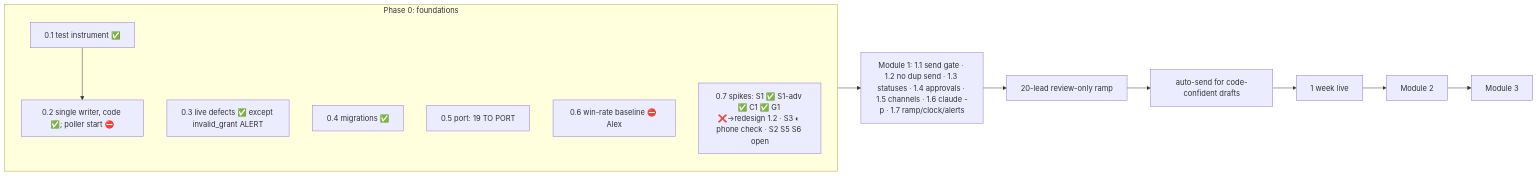
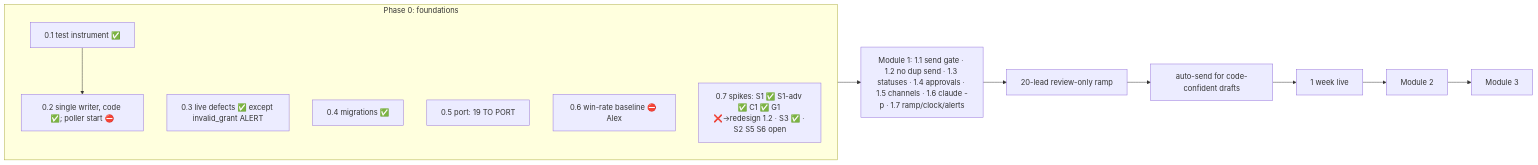
The diagram in docs/END-TO-END-STATUS.md (SDGuitarist/gig-lead-responder), drawn with Mermaid before and after one commit. The commit also changed other lines of this file and 2 other files, not shown here.

First line of the commit message:
research: baseline adds GigSalad business account (52 threads, 1 booked); S3 PASSED (Alex confirmed on iPhone)

````diff
--- a/docs/END-TO-END-STATUS.md
+++ b/docs/END-TO-END-STATUS.md
@@ -23,13 +23,13 @@
 ```mermaid
 flowchart LR
   subgraph P0[Phase 0: foundations]
     A01[0.1 test instrument ✅] --> A02[0.2 single writer, code ✅; poller start ⛔]
     A03[0.3 live defects ✅ except invalid_grant ALERT]
     A04[0.4 migrations ✅]
     A05[0.5 port: 19 TO PORT]
     A06[0.6 win-rate baseline ⛔ Alex]
-    A07[0.7 spikes: S1 ✅ S1-adv ✅ C1 ✅ G1 ❌→redesign 1.2 · S3 ◐ phone check · S2 S5 S6 open]
+    A07[0.7 spikes: S1 ✅ S1-adv ✅ C1 ✅ G1 ❌→redesign 1.2 · S3 ✅ · S2 S5 S6 open]
   end
   P0 --> M1[Module 1: 1.1 send gate · 1.2 no dup send · 1.3 statuses · 1.4 approvals · 1.5 channels · 1.6 claude -p · 1.7 ramp/clock/alerts]
   M1 --> R[20-lead review-only ramp] --> AS[auto-send for code-confident drafts] --> W[1 week live] --> M2[Module 2] --> M3[Module 3]
 ```
````
